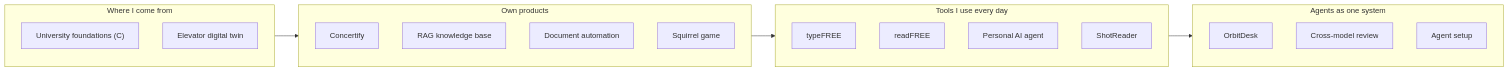
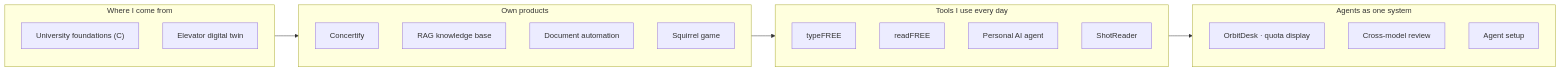
The second of 2 diagrams in README.md (HeartledAgentEngineer/agentic-ai-software-engineering), drawn with Mermaid before and after one commit. The commit also changed other lines of this file and 3 other files, not shown here.

````diff
--- a/README.md
+++ b/README.md
@@ -84,25 +89,25 @@
 ```mermaid
 graph LR
     subgraph OT["Where I come from"]
         U["University foundations (C)"]
         E["Elevator digital twin"]
     end
     subgraph Products["Own products"]
         C["Concertify"]
         R["RAG knowledge base"]
         D["Document automation"]
         S["Squirrel game"]
     end
     subgraph Daily["Tools I use every day"]
         T["typeFREE"]
         L["readFREE"]
         P["Personal AI agent"]
         SR["ShotReader"]
     end
     subgraph System["Agents as one system"]
-        M["OrbitDesk"]
+        M["OrbitDesk · quota display"]
         X["Cross-model review"]
         A["Agent setup"]
     end
     OT --> Products --> Daily --> System
 ```
````
